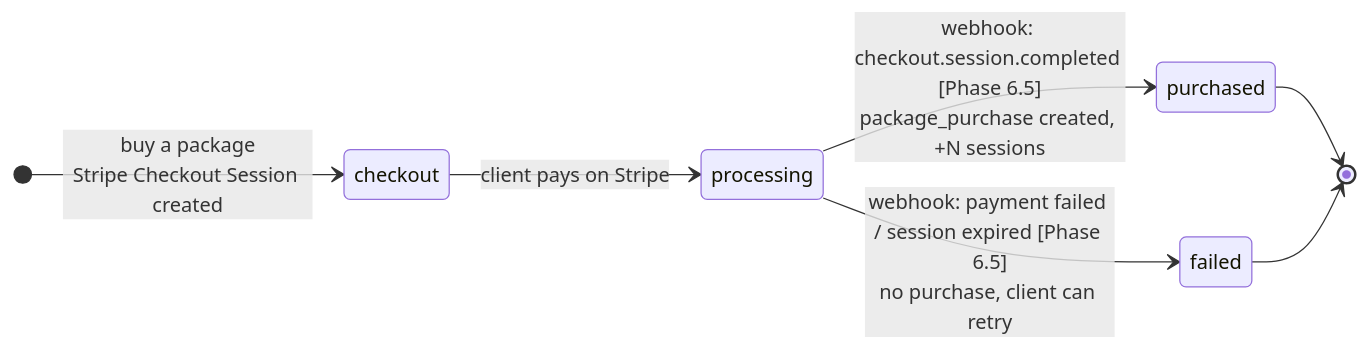
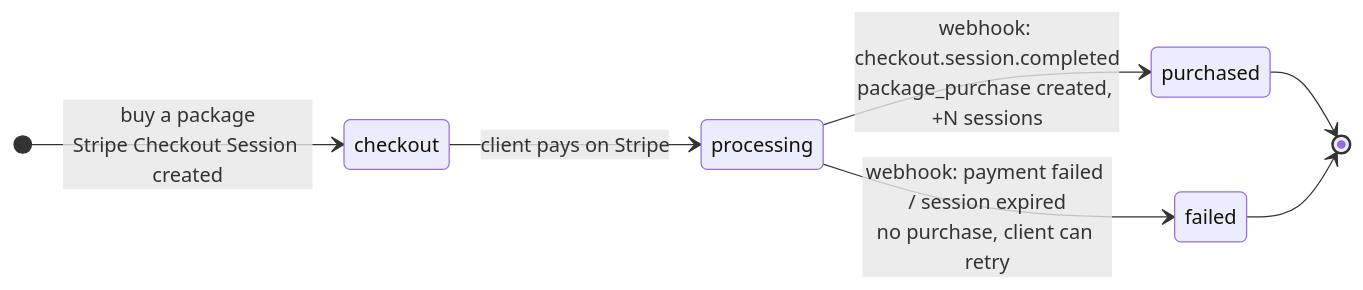
Before and after one commit to adidoesnt/bwh-monorepo: the second of 2 diagrams in apps/booking-portal/docs/BOOKING-LIFECYCLE.md, drawn with Mermaid. The commit also changed other lines of this file and 61 other files, not shown here.

````diff
--- a/apps/booking-portal/docs/BOOKING-LIFECYCLE.md
+++ b/apps/booking-portal/docs/BOOKING-LIFECYCLE.md
@@ -68,10 +53,10 @@
 ```mermaid
 stateDiagram-v2
     direction LR
     [*] --> checkout: buy a package<br/>Stripe Checkout Session created
     checkout --> processing: client pays on Stripe
-    processing --> purchased: webhook: checkout.session.completed [Phase 6.5]<br/>package_purchase created, +N sessions
-    processing --> failed: webhook: payment failed / session expired [Phase 6.5]<br/>no purchase, client can retry
+    processing --> purchased: webhook: checkout.session.completed<br/>package_purchase created, +N sessions
+    processing --> failed: webhook: payment failed / session expired<br/>no purchase, client can retry
     purchased --> [*]
     failed --> [*]
 ```
````
